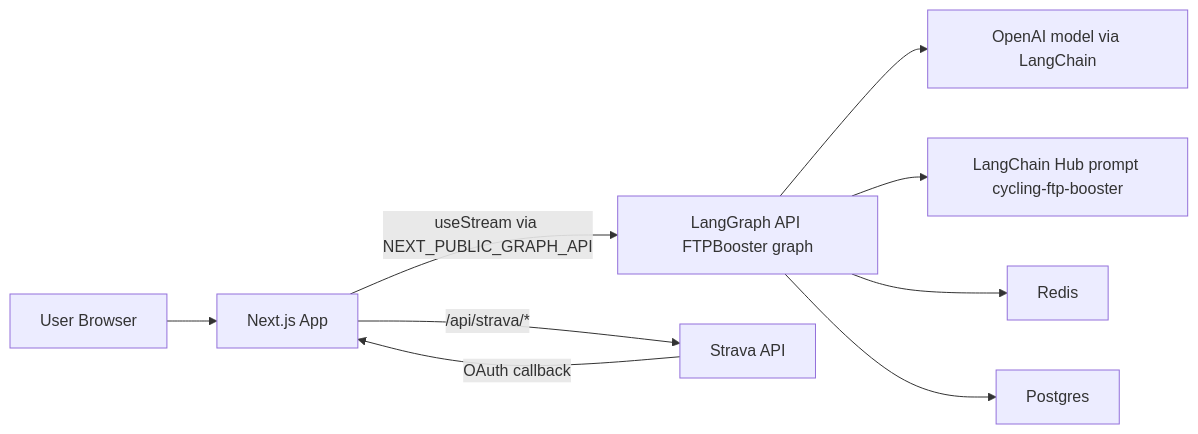
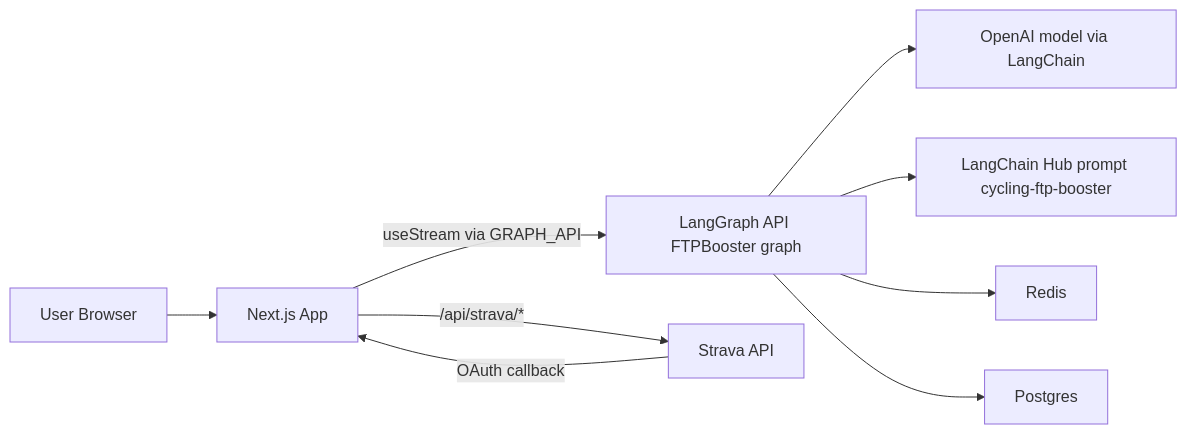
One commit to jzhangdev/ftp-booster changed the first of 3 diagrams in docs/architecture.md. Above: the diagram before and after it, drawn with Mermaid. The commit also changed other lines of this file and 2 other files, not shown here.

Commit message:
Rename NEXT_PUBLIC_GRAPH_API to GRAPH_API

````diff
--- a/docs/architecture.md
+++ b/docs/architecture.md
@@ -12,11 +12,11 @@
 ```mermaid
 flowchart LR
   U[User Browser] --> N[Next.js App]
-  N -->|useStream via NEXT_PUBLIC_GRAPH_API| G[LangGraph API FTPBooster graph]
+  N -->|useStream via GRAPH_API| G[LangGraph API FTPBooster graph]
   N -->|/api/strava/*| S[Strava API]
   S -->|OAuth callback| N
   G --> O[OpenAI model via LangChain]
   G --> H[LangChain Hub prompt cycling-ftp-booster]
   G --> R[Redis]
   G --> P[Postgres]
 ```
````
